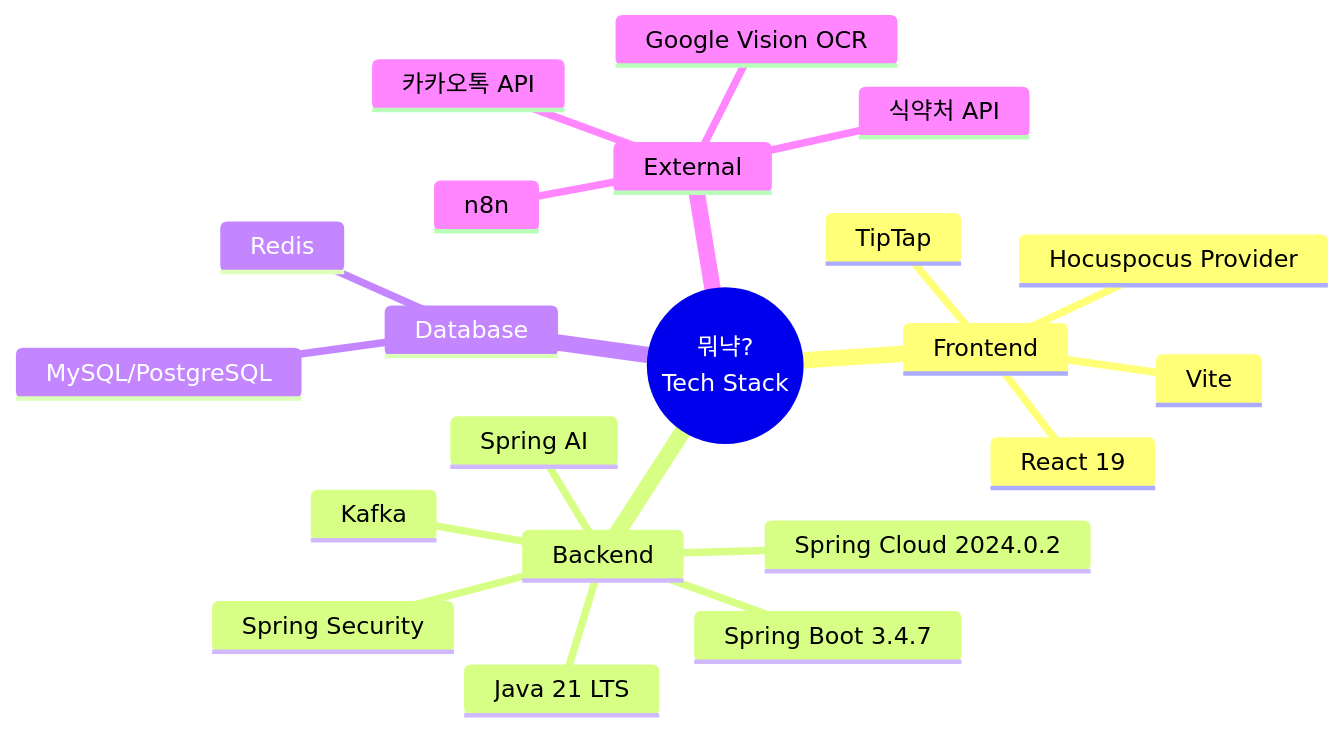
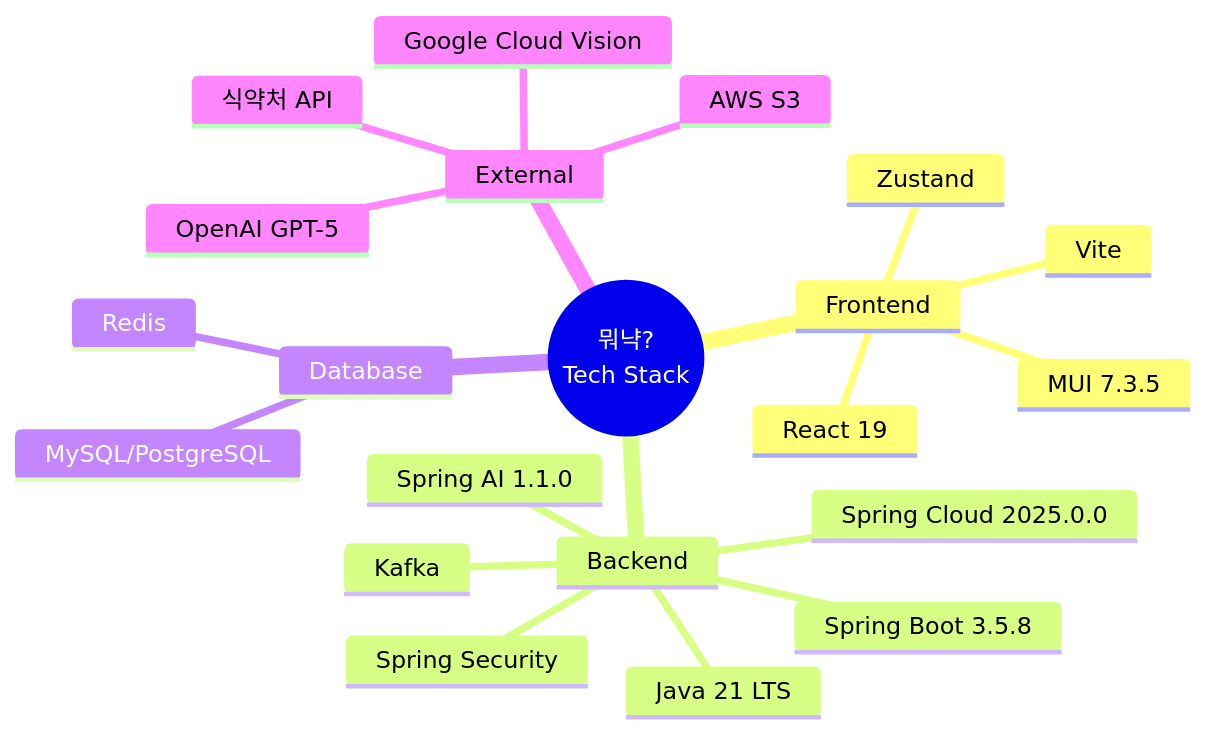
One commit to KOSA2025-FINAL-PROJECT-TEAM3/.github changed the seventh of 7 diagrams in documents/ARCHITECTURE.md. Above: the diagram before and after it, drawn with Mermaid. The commit also changed other lines of this file and 90 other files, not shown here.

Commit message:
docs: Update documentation, Figma exports and plugin, GitHub templates, diagrams, and database schema.

````diff
--- a/documents/ARCHITECTURE.md
+++ b/documents/ARCHITECTURE.md
@@ -508,24 +508,24 @@
 ```mermaid
 mindmap
   root((뭐냑?<br/>Tech Stack))
     Frontend
       React 19
       Vite
-      TipTap
-      Hocuspocus Provider
+      MUI 7.3.5
+      Zustand
     Backend
       Java 21 LTS
-      Spring Boot 3.4.7
-      Spring Cloud 2024.0.2
+      Spring Boot 3.5.8
+      Spring Cloud 2025.0.0
       Spring Security
-      Spring AI
+      Spring AI 1.1.0
       Kafka
     Database
       MySQL/PostgreSQL
       Redis
     External
-      Google Vision OCR
+      Google Cloud Vision
+      OpenAI GPT-5
       식약처 API
-      카카오톡 API
-      n8n
+      AWS S3
 ```
````
